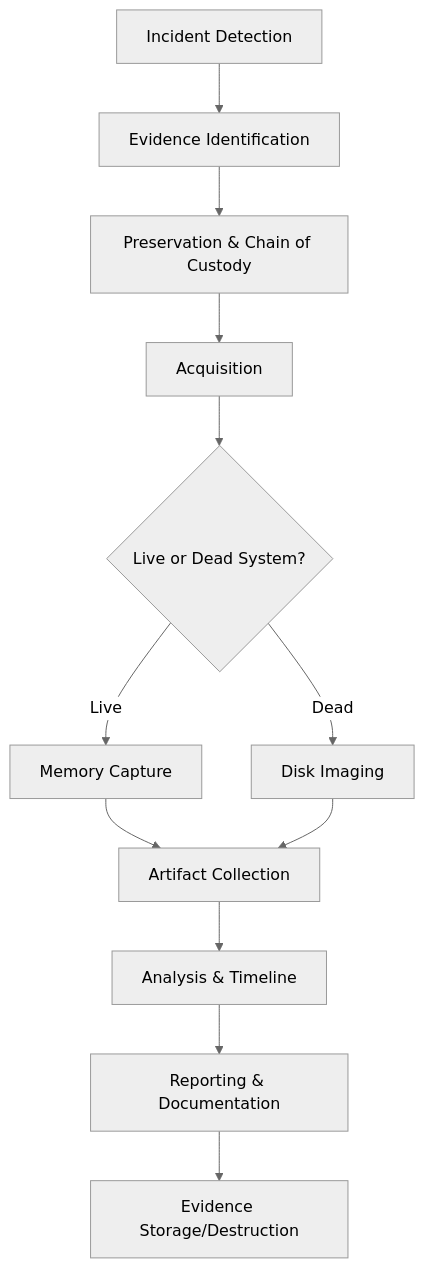
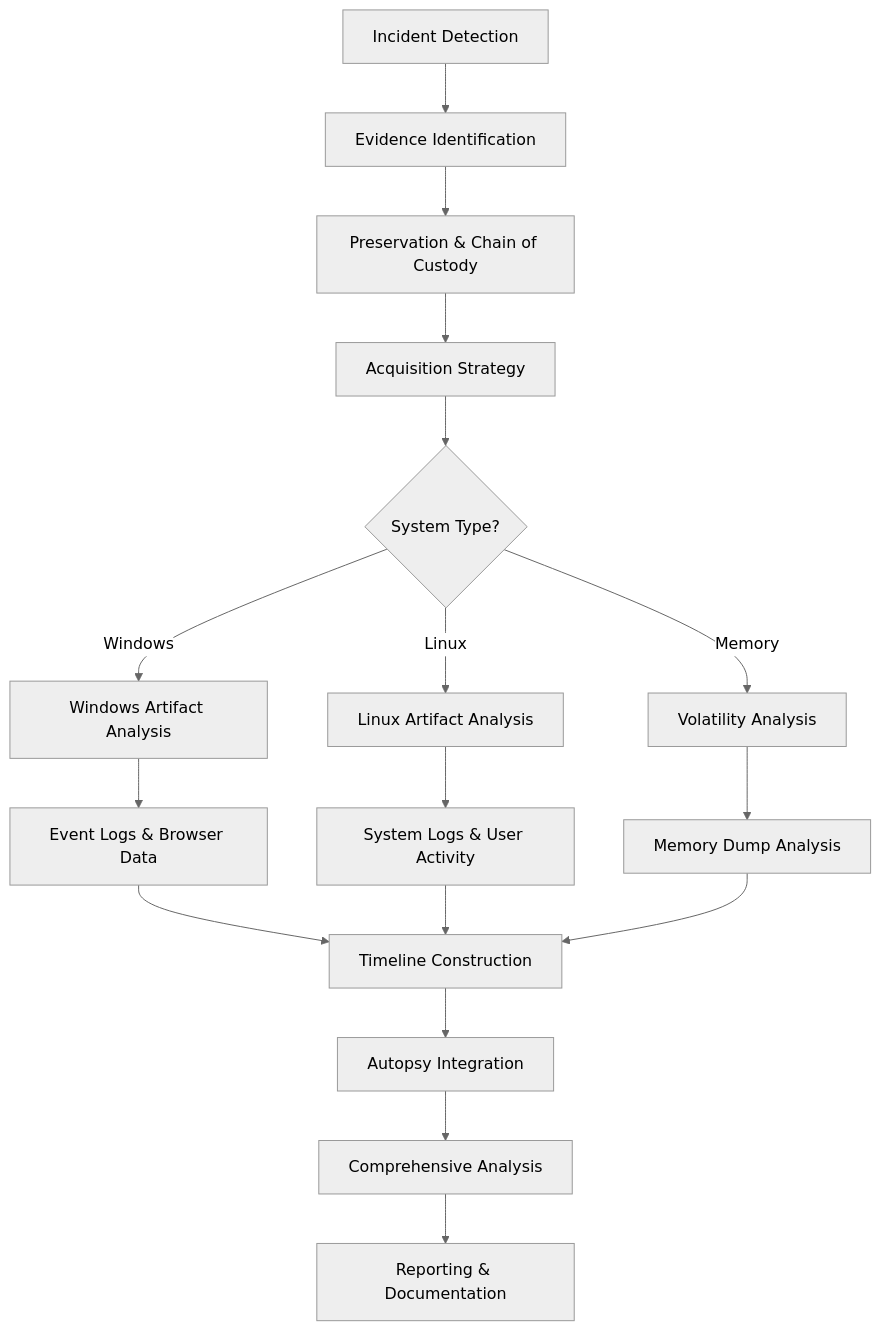
The diagram in 04-digital-forensics/README.md (d3vhackz/BTL1), drawn with Mermaid (neutral theme) before and after one commit. The commit also changed other lines of this file, not shown here.

````diff
--- a/04-digital-forensics/README.md
+++ b/04-digital-forensics/README.md
@@ -104,14 +165,23 @@
 ```mermaid
 graph TD
     A[Incident Detection] --> B[Evidence Identification]
     B --> C[Preservation & Chain of Custody]
-    C --> D[Acquisition]
-    D --> E{Live or Dead System?}
-    E -->|Live| F[Memory Capture]
-    E -->|Dead| G[Disk Imaging]
-    F --> H[Artifact Collection]
-    G --> H
-    H --> I[Analysis & Timeline]
-    I --> J[Reporting & Documentation]
-    J --> K[Evidence Storage/Destruction]
+    C --> D[Acquisition Strategy]
+    D --> E{System Type?}
+    
+    E -->|Windows| F[Windows Artifact Analysis]
+    E -->|Linux| G[Linux Artifact Analysis]
+    E -->|Memory| H[Volatility Analysis]
+    
+    F --> I[Event Logs & Browser Data]
+    G --> J[System Logs & User Activity]
+    H --> K[Memory Dump Analysis]
+    
+    I --> L[Timeline Construction]
+    J --> L
+    K --> L
+    
+    L --> M[Autopsy Integration]
+    M --> N[Comprehensive Analysis]
+    N --> O[Reporting & Documentation]
 ```
````
